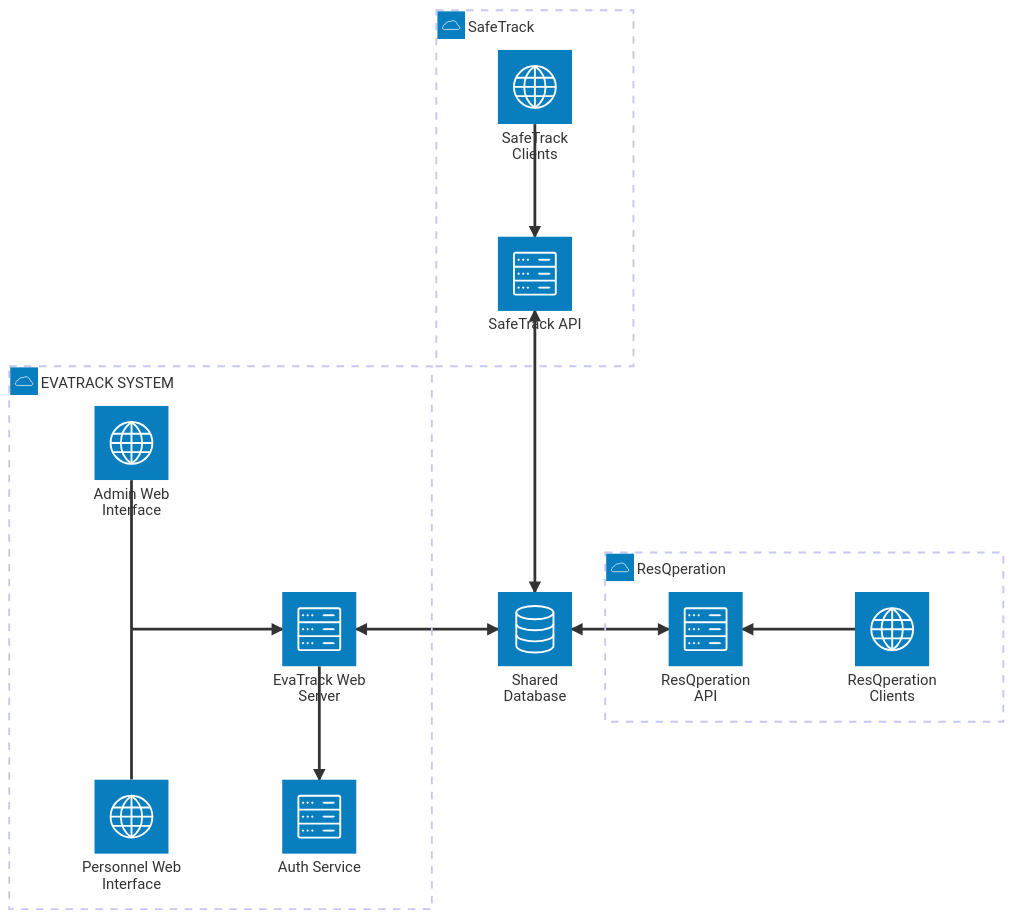
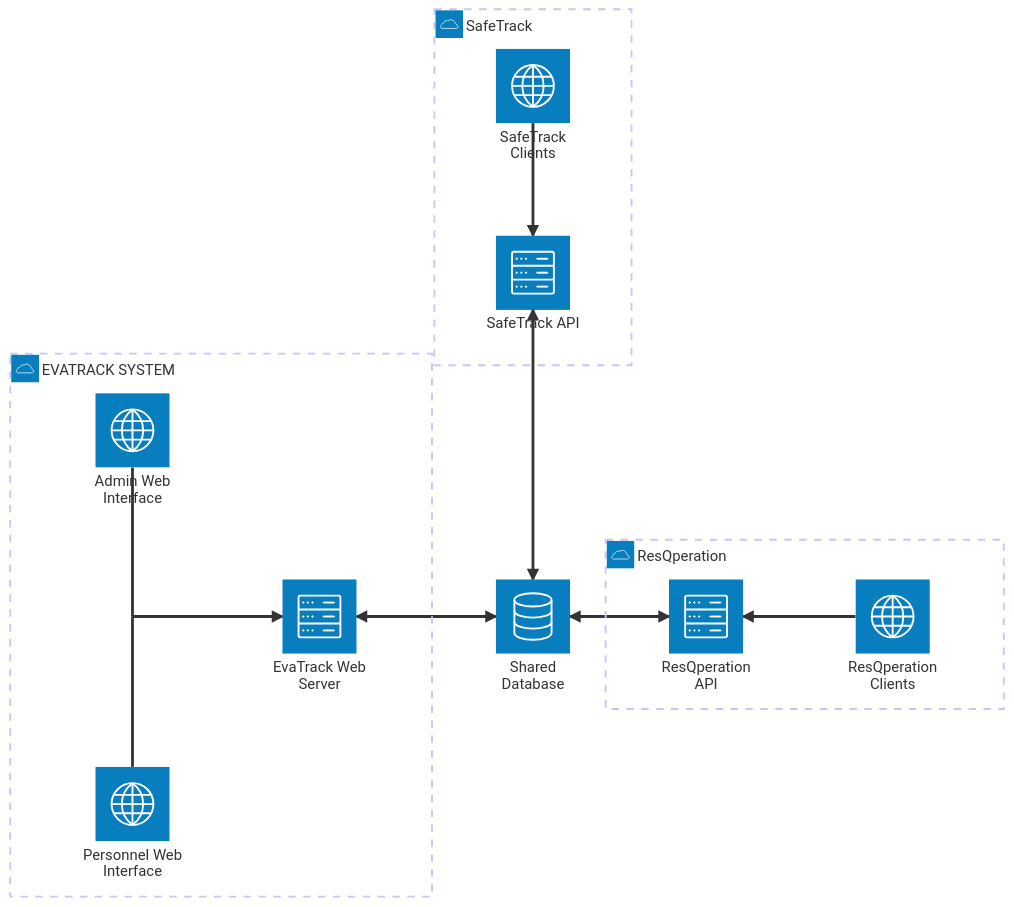
One commit to klint-droid/EvaTrack changed the second of 2 diagrams in docs/architecture.md. Above: the diagram before and after it, drawn with Mermaid. The commit also changed other lines of this file, not shown here.

Commit message:
docs(architecture): remove Auth Service node from diagram

````diff
--- a/docs/architecture.md
+++ b/docs/architecture.md
@@ -131,32 +131,30 @@
 ```mermaid
 architecture-beta
     group evatrack(cloud)[EVATRACK SYSTEM]
     group safetrack(cloud)[SafeTrack]
     group resq(cloud)[ResQperation]
 
     service admin_ui(internet)[Admin Web Interface] in evatrack
     service staff_ui(internet)[Personnel Web Interface] in evatrack
     junction ui in evatrack
     service api(server)[EvaTrack Web Server] in evatrack
-    service auth(server)[Auth Service] in evatrack
 
     service safe_client(internet)[SafeTrack Clients] in safetrack
     service safe_api(server)[SafeTrack API] in safetrack
 
     service resq_client(internet)[ResQperation Clients] in resq
     service resq_api(server)[ResQperation API] in resq
 
     service db(database)[Shared Database]
 
     admin_ui:B -- T:ui
     staff_ui:T -- B:ui
     ui:R --> L:api
-    api:B --> T:auth
     api:R <--> L:db
 
     safe_client:B --> T:safe_api
     safe_api:B <--> T:db
 
     resq_client:L --> R:resq_api
     resq_api:L <--> R:db
 ```
````
